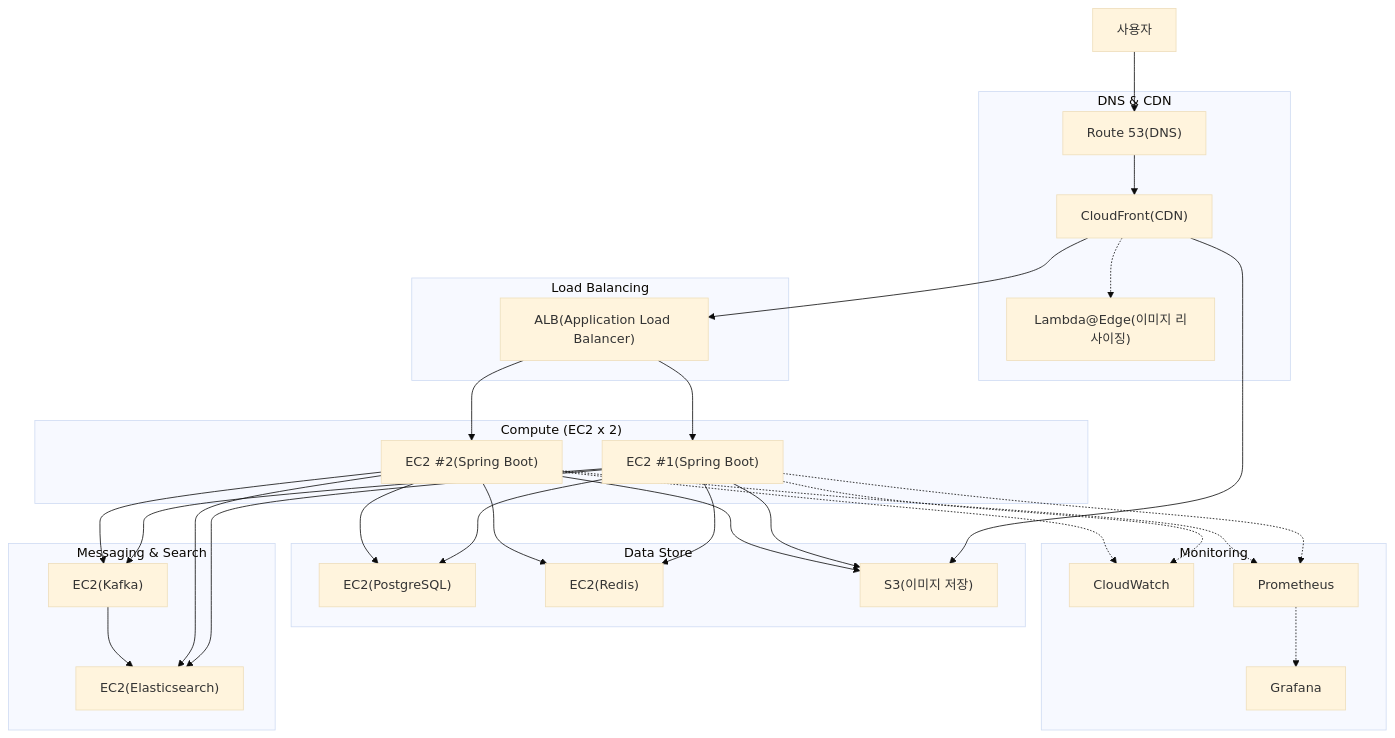
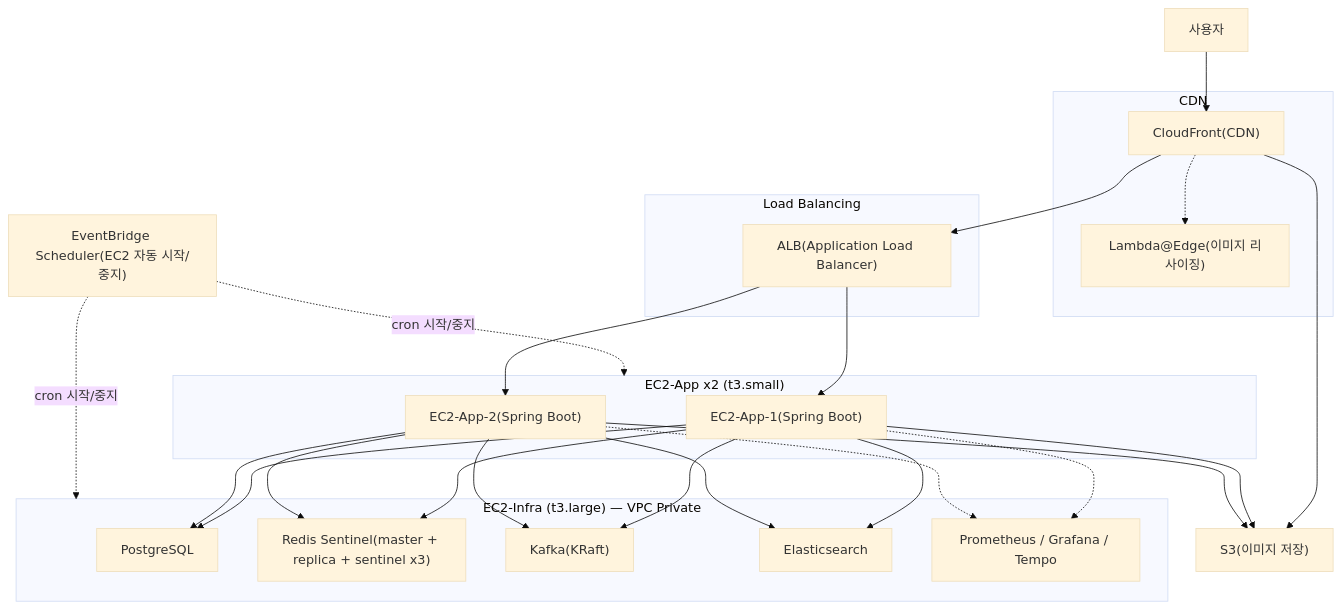
The diagram in docs/Biddo-중고_경매_시스템(Used_Auction_System).md (sky96027/biddo), drawn with Mermaid (base theme) before and after one commit. The commit also changed other lines of this file and 2 other files, not shown here.

Commit message:
docs(infra): AWS 배포 계획 문서화 및 README/프로젝트 개요 업데이트
EC2 x3 (App x2 + Infra x1), ALB, ECR, EventBridge Scheduler 기반 배포 아키텍처 문서화.
분산 스케줄링 문제 해결(Redisson 락), 스케줄링 운영 비용(~$19/월) 포함.

````diff
--- a/docs/Biddo-중고_경매_시스템(Used_Auction_System).md
+++ b/docs/Biddo-중고_경매_시스템(Used_Auction_System).md
@@ -80,65 +77,55 @@
 ```mermaid
 flowchart TB
     User["사용자"]
-    
-    subgraph DNS_CDN["DNS & CDN"]
-        Route53["Route 53(DNS)"]
+    Scheduler["EventBridge Scheduler(EC2 자동 시작/중지)"]
+
+    subgraph CDN["CDN"]
         CloudFront["CloudFront(CDN)"]
         Lambda["Lambda@Edge(이미지 리사이징)"]
     end
 
     subgraph LB["Load Balancing"]
         ALB["ALB(Application Load Balancer)"]
     end
 
-    subgraph Compute["Compute (EC2 x 2)"]
-        EC2_1["EC2 #1(Spring Boot)"]
-        EC2_2["EC2 #2(Spring Boot)"]
+    subgraph AppLayer["EC2-App x2 (t3.small)"]
+        EC2_1["EC2-App-1(Spring Boot)"]
+        EC2_2["EC2-App-2(Spring Boot)"]
     end
 
-    subgraph DataStore["Data Store"]
-        RDS["EC2(PostgreSQL)"]
-        Redis["EC2(Redis)"]
-        S3["S3(이미지 저장)"]
+    subgraph InfraLayer["EC2-Infra (t3.large) — VPC Private"]
+        PG["PostgreSQL"]
+        Redis["Redis Sentinel(master + replica + sentinel x3)"]
+        Kafka["Kafka(KRaft)"]
+        ES["Elasticsearch"]
+        Monitoring["Prometheus / Grafana / Tempo"]
     end
 
-    subgraph Messaging["Messaging & Search"]
-        MSK["EC2(Kafka)"]
-        OpenSearch["EC2(Elasticsearch)"]
-    end
+    S3["S3(이미지 저장)"]
 
-    subgraph Monitoring["Monitoring"]
-        CW["CloudWatch"]
-        Prometheus["Prometheus"]
-        Grafana["Grafana"]
-    end
+    Scheduler -.->|cron 시작/중지| AppLayer
+    Scheduler -.->|cron 시작/중지| InfraLayer
 
-    User --> Route53
-    Route53 --> CloudFront
+    User --> CloudFront
     CloudFront --> ALB
     CloudFront --> S3
     CloudFront -.-> Lambda
-    
+
     ALB --> EC2_1
     ALB --> EC2_2
-    
-    EC2_1 --> RDS
+
+    EC2_1 --> PG
     EC2_1 --> Redis
-    EC2_1 --> MSK
-    EC2_1 --> OpenSearch
+    EC2_1 --> Kafka
+    EC2_1 --> ES
     EC2_1 --> S3
-    
-    EC2_2 --> RDS
+
+    EC2_2 --> PG
     EC2_2 --> Redis
-    EC2_2 --> MSK
-    EC2_2 --> OpenSearch
+    EC2_2 --> Kafka
+    EC2_2 --> ES
     EC2_2 --> S3
-    
-    MSK --> OpenSearch
-    
-    EC2_1 -.-> CW
-    EC2_2 -.-> CW
-    EC2_1 -.-> Prometheus
-    EC2_2 -.-> Prometheus
-    Prometheus -.-> Grafana
+
+    EC2_1 -.-> Monitoring
+    EC2_2 -.-> Monitoring
 ```
````
